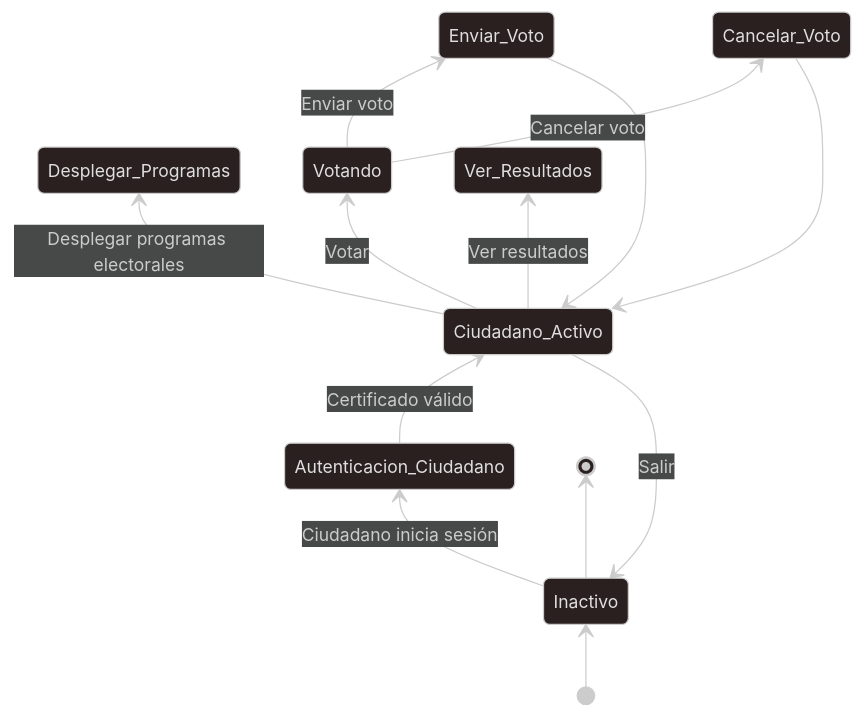
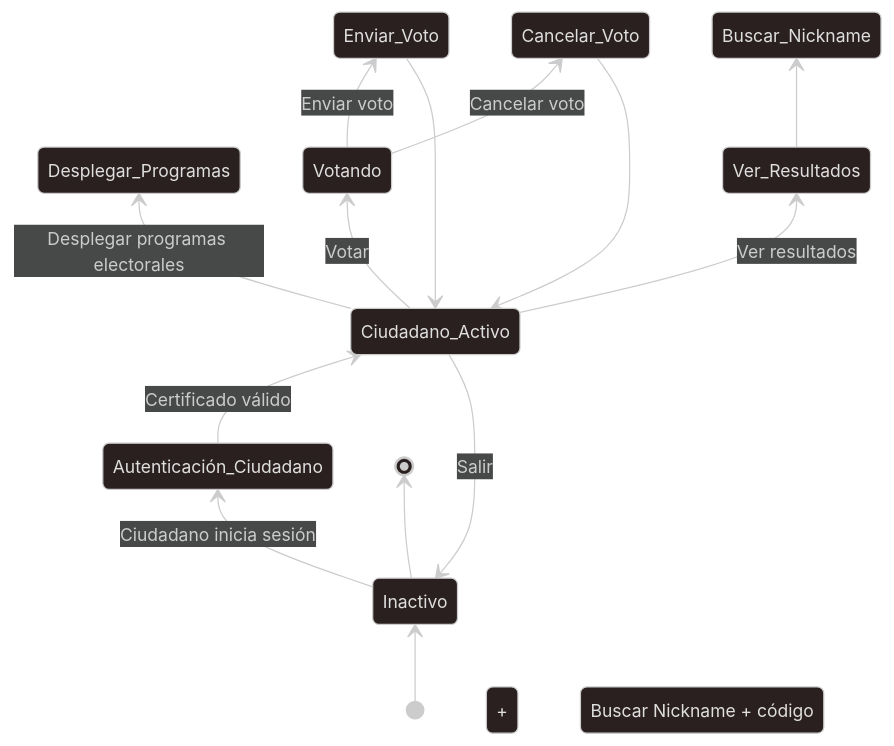
Before and after one commit to OnyxVariables/AGORA: the second of 3 diagrams in docs/Diagrama_Estado.md, drawn with Mermaid. The commit also changed other lines of this file and 2 other files, not shown here.

Commit message:
Add two use of case (Poner nickname y buscar voto) and update the others diagrams

````diff
--- a/docs/Diagrama_Estado.md
+++ b/docs/Diagrama_Estado.md
@@ -76,20 +78,21 @@
 ```mermaid
 ---
 config:
   theme: neo-dark
 ---
 stateDiagram
   direction BT
   [*] --> Inactivo
-  Inactivo --> Autenticacion_Ciudadano:Ciudadano inicia sesión
-  Autenticacion_Ciudadano --> Ciudadano_Activo:Certificado válido
+  Inactivo --> Autenticación_Ciudadano:Ciudadano inicia sesión
+  Autenticación_Ciudadano --> Ciudadano_Activo:Certificado válido
   Ciudadano_Activo --> Desplegar_Programas:Desplegar programas electorales
   Ciudadano_Activo --> Votando:Votar
   Votando --> Enviar_Voto:Enviar voto
   Votando --> Cancelar_Voto:Cancelar voto
   Enviar_Voto --> Ciudadano_Activo
   Cancelar_Voto --> Ciudadano_Activo
   Ciudadano_Activo --> Ver_Resultados:Ver resultados
+  Ver_Resultados --> Buscar_Nickname + código:Buscar Nickname + código
   Ciudadano_Activo --> Inactivo:Salir
   Inactivo --> [*]
 ```
````
